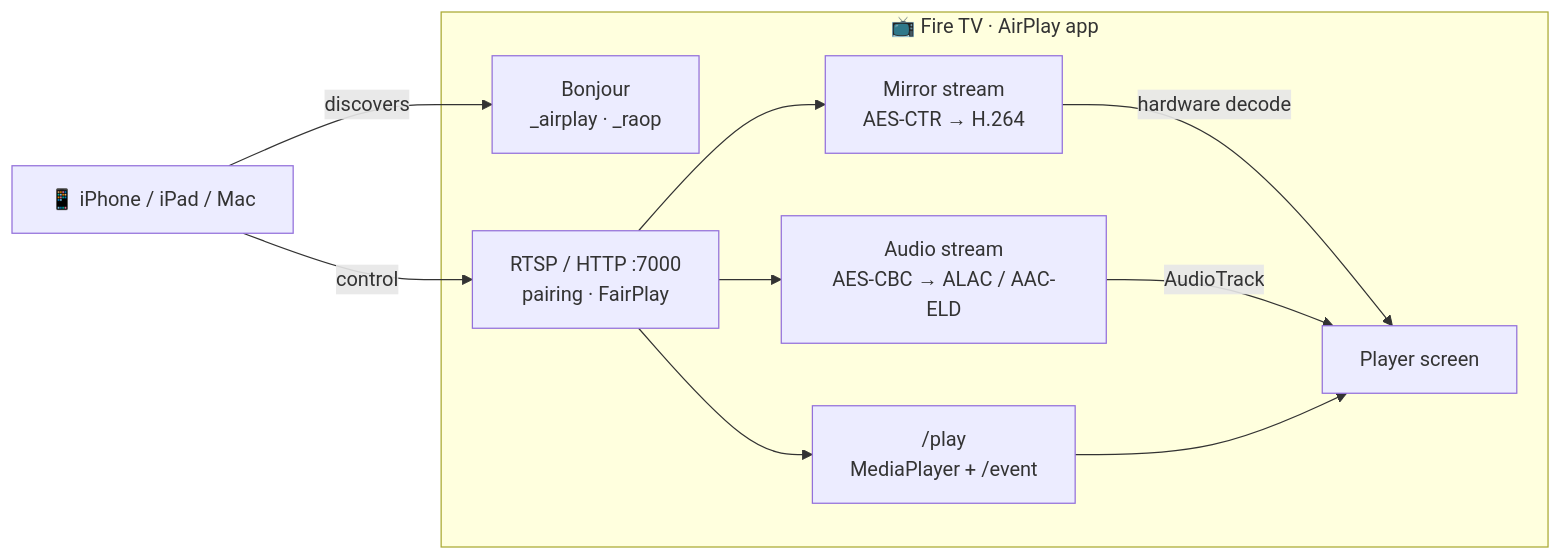
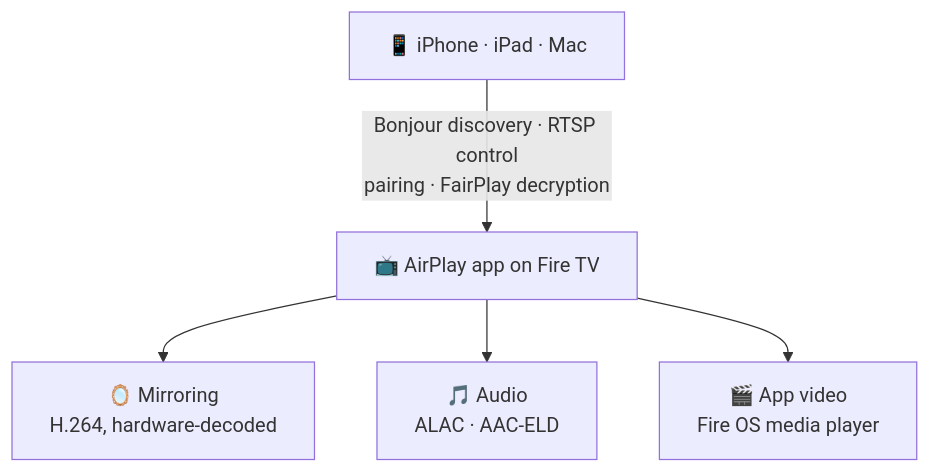
One commit to pri-te-sh/FireTV_AirPlay changed the diagram in README.md. Above: the diagram before and after it, drawn with Mermaid.

Commit message:
README: simpler how-it-works diagram

````diff
--- a/README.md
+++ b/README.md
@@ -134,18 +134,7 @@
 ```mermaid
-flowchart LR
-    phone["📱 iPhone / iPad / Mac"]
-    subgraph tv["📺 Fire TV · AirPlay app"]
-        bonjour["Bonjour<br/>_airplay · _raop"]
-        rtsp["RTSP / HTTP :7000<br/>pairing · FairPlay"]
-        mirror["Mirror stream<br/>AES-CTR → H.264"]
-        audio["Audio stream<br/>AES-CBC → ALAC / AAC-ELD"]
-        cast["/play<br/>MediaPlayer + /event"]
-        screen["Player screen"]
-    end
-    phone -- discovers --> bonjour
-    phone -- control --> rtsp
-    rtsp --> mirror & audio & cast
-    mirror -- hardware decode --> screen
-    audio -- AudioTrack --> screen
-    cast --> screen
+flowchart TB
+    phone["📱 iPhone · iPad · Mac"] -->|"Bonjour discovery · RTSP control<br/>pairing · FairPlay decryption"| rx["📺 AirPlay app on Fire TV"]
+    rx --> m["🪞 Mirroring<br/>H.264, hardware-decoded"]
+    rx --> a["🎵 Audio<br/>ALAC · AAC-ELD"]
+    rx --> v["🎬 App video<br/>Fire OS media player"]
 ```
````
